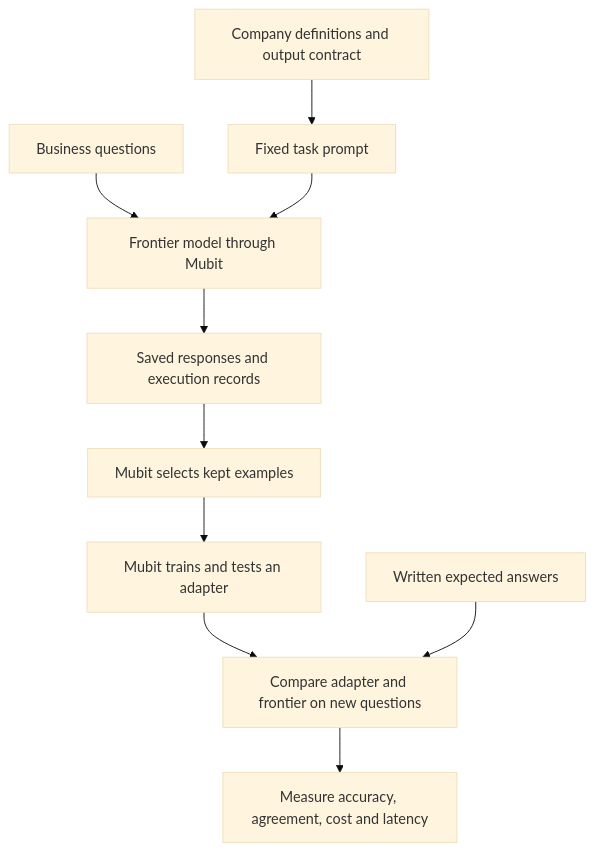
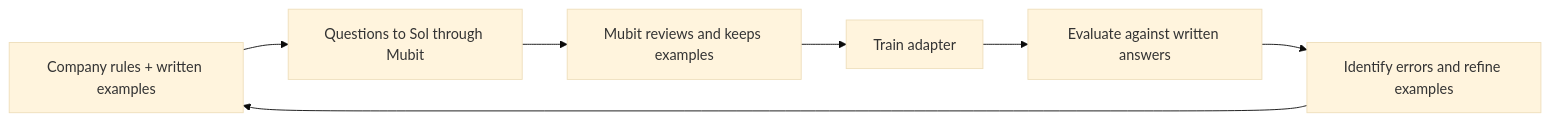
Before and after one commit to furqan-qadri/mubit_hackathon: the diagram in README.md, drawn with Mermaid (base theme). The commit also changed other lines of this file, not shown here.

````diff
--- a/README.md
+++ b/README.md
@@ -52,12 +57,9 @@
 ```mermaid
-flowchart TD
-    A[Company definitions and output contract] --> B[Fixed task prompt]
-    Q[Business questions] --> C[Frontier model through Mubit]
-    B --> C
-    C --> D[Saved responses and execution records]
-    D --> E[Mubit selects kept examples]
-    E --> F[Mubit trains and tests an adapter]
-    F --> G[Compare adapter and frontier on new questions]
-    H[Written expected answers] --> G
-    G --> I[Measure accuracy, agreement, cost and latency]
+flowchart LR
+    A[Company rules + written examples] --> B[Questions to Sol through Mubit]
+    B --> C[Mubit reviews and keeps examples]
+    C --> D[Train adapter]
+    D --> E[Evaluate against written answers]
+    E --> F[Identify errors and refine examples]
+    F --> A
 ```
````
